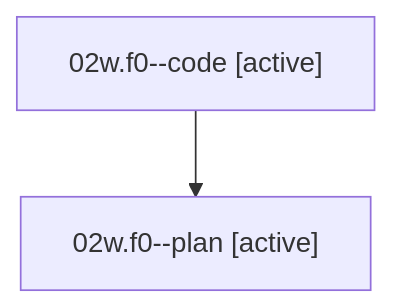
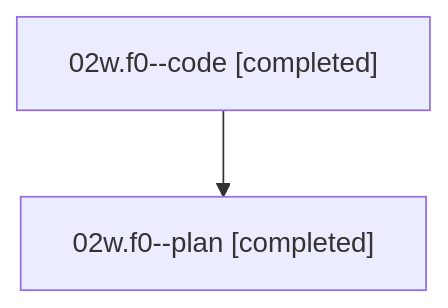
One commit to sase-org/sase--agents changed the diagram in families/bbugyi200.athena.02w.f0.md. Above: the diagram before and after it, drawn with Mermaid. The commit also changed other lines of this file and 23 other files, not shown here.

````diff
--- a/families/bbugyi200.athena.02w.f0.md
+++ b/families/bbugyi200.athena.02w.f0.md
@@ -9,6 +9,6 @@
 ```mermaid
 flowchart TD
-  n0["02w.f0--code [active]"]
-  n1["02w.f0--plan [active]"]
+  n0["02w.f0--code [completed]"]
+  n1["02w.f0--plan [completed]"]
   n0 --> n1
 ```
````
